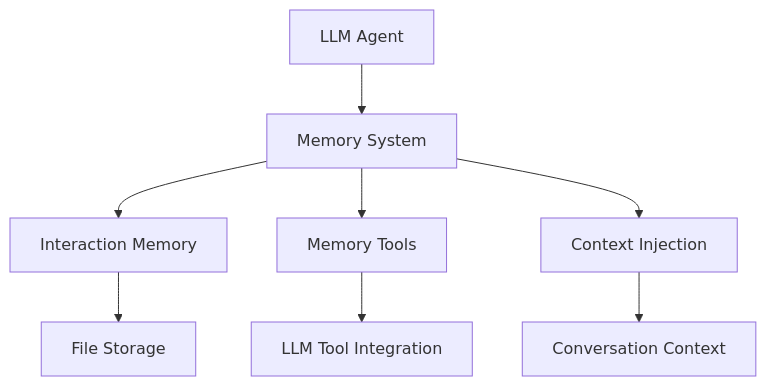
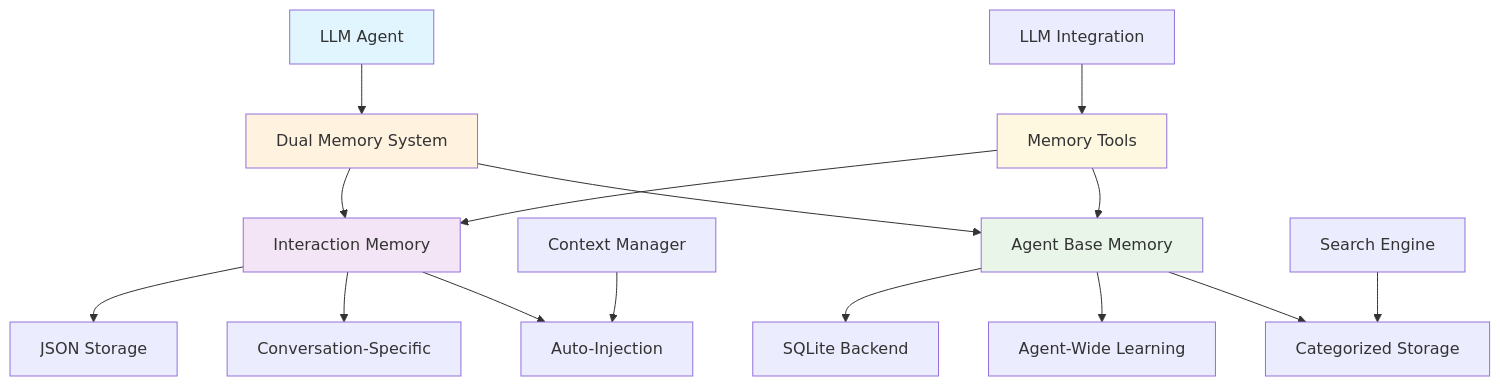
Before and after one commit to sosanzma/spade_llm: the diagram in docs/docs/guides/memory.md, drawn with Mermaid. The commit also changed other lines of this file and 5 other files, not shown here.

````diff
--- a/docs/docs/guides/memory.md
+++ b/docs/docs/guides/memory.md
@@ -16,10 +17,27 @@
 ```mermaid
 graph TB
-    A[LLM Agent] --> B[Memory System]
+    A[LLM Agent] --> B[Dual Memory System]
     B --> C[Interaction Memory]
-    C --> D[File Storage]
-    B --> E[Memory Tools]
-    E --> F[LLM Tool Integration]
-    B --> G[Context Injection]
-    G --> H[Conversation Context]
+    B --> D[Agent Base Memory]
+    
+    C --> E[JSON Storage]
+    C --> F[Conversation-Specific]
+    C --> G[Auto-Injection]
+    
+    D --> H[SQLite Backend]
+    D --> I[Agent-Wide Learning]
+    D --> J[Categorized Storage]
+    
+    K[Memory Tools] --> C
+    K --> D
+    L[LLM Integration] --> K
+    
+    M[Context Manager] --> G
+    N[Search Engine] --> J
+    
+    style A fill:#e1f5fe
+    style B fill:#fff3e0
+    style C fill:#f3e5f5
+    style D fill:#e8f5e8
+    style K fill:#fff8e1
 ```
````
